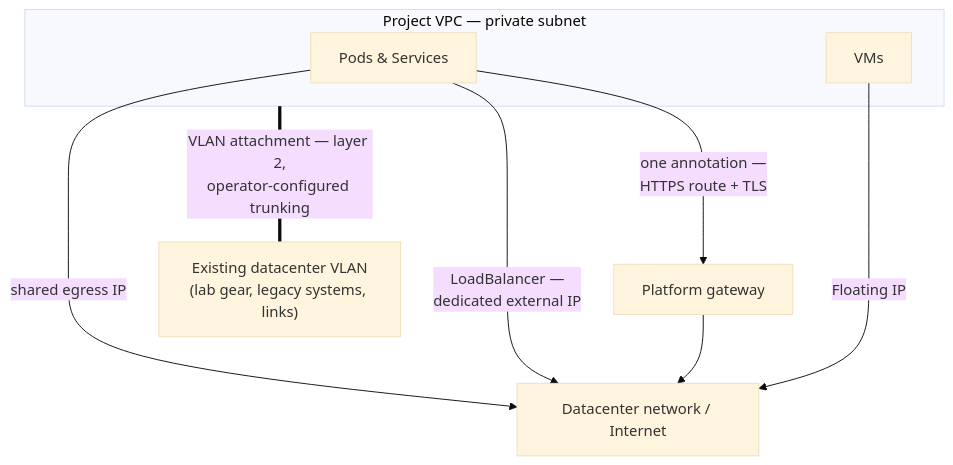
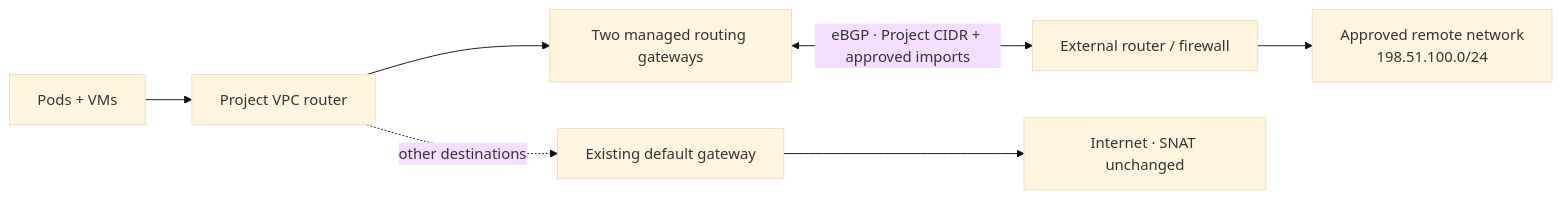
The third of 4 diagrams in docs/datasheet/draft-artifact-a-datasheet.md (kube-dc/kube-dc-public), drawn with Mermaid (base theme) before and after one commit. The commit also changed other lines of this file and 7 other files, not shown here.

First line of the commit message:
docs: publish routed BGP topology diagram

````diff
--- a/docs/datasheet/draft-artifact-a-datasheet.md
+++ b/docs/datasheet/draft-artifact-a-datasheet.md
@@ -289,12 +289,8 @@
 ```mermaid
-flowchart TB
-  subgraph PRJ["Project VPC — private subnet"]
-    SVC["Pods & Services"]
-    VM["VMs"]
-  end
-  SVC -- "shared egress IP" --> NET["Datacenter network / Internet"]
-  SVC -- "LoadBalancer —<br/>dedicated external IP" --> NET
-  SVC -- "one annotation —<br/>HTTPS route + TLS" --> GW["Platform gateway"] --> NET
-  VM -- "Floating IP" --> NET
-  PRJ === |"VLAN attachment — layer 2,<br/>operator-configured trunking"| FAB["Existing datacenter VLAN<br/>(lab gear, legacy systems, links)"]
+flowchart LR
+  W["Pods + VMs"] --> VPC["Project VPC router"]
+  VPC --> GW["Two managed routing gateways"]
+  GW <-->|"eBGP · Project CIDR + approved imports"| EDGE["External router / firewall"]
+  EDGE --> REMOTE["Approved remote network<br/>198.51.100.0/24"]
+  VPC -. "other destinations" .-> DEFAULT["Existing default gateway"] --> INTERNET["Internet · SNAT unchanged"]
 ```
````
